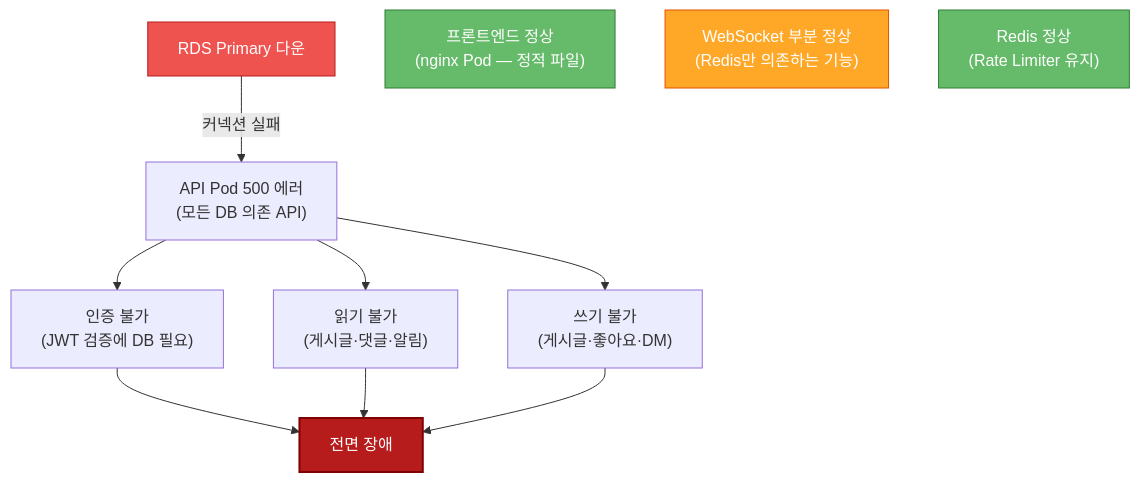
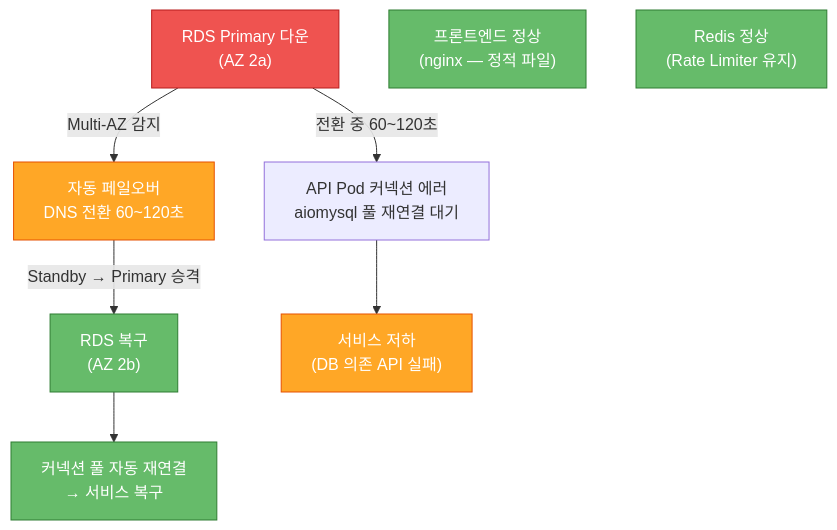
One commit to 80-hours-a-week/2-cho-community-infra changed the eighth of 17 diagrams in report.md. Above: the diagram before and after it, drawn with Mermaid. The commit also changed other lines of this file and 1 other file, not shown here.

````diff
--- a/report.md
+++ b/report.md
@@ -443,23 +480,22 @@
 ```mermaid
 flowchart TD
-    RDS_Fail["RDS Primary 다운"]
+    RDS_Fail["RDS Primary 다운<br/>(AZ 2a)"]
 
-    RDS_Fail -->|"커넥션 실패"| API_Err["API Pod 500 에러<br/>(모든 DB 의존 API)"]
-    API_Err --> Auth_Fail["인증 불가<br/>(JWT 검증에 DB 필요)"]
-    API_Err --> Read_Fail["읽기 불가<br/>(게시글·댓글·알림)"]
-    API_Err --> Write_Fail["쓰기 불가<br/>(게시글·좋아요·DM)"]
+    RDS_Fail -->|"Multi-AZ 감지"| Failover["자동 페일오버<br/>DNS 전환 60~120초"]
+    Failover -->|"Standby → Primary 승격"| RDS_OK["RDS 복구<br/>(AZ 2b)"]
 
-    Auth_Fail --> Total["전면 장애"]
-    Read_Fail --> Total
-    Write_Fail --> Total
+    RDS_Fail -->|"전환 중 60~120초"| API_Err["API Pod 커넥션 에러<br/>aiomysql 풀 재연결 대기"]
+    API_Err --> Degraded["서비스 저하<br/>(DB 의존 API 실패)"]
+    RDS_OK --> API_Reconnect["커넥션 풀 자동 재연결<br/>→ 서비스 복구"]
 
-    FE_OK["프론트엔드 정상<br/>(nginx Pod — 정적 파일)"]
-    WS_Partial["WebSocket 부분 정상<br/>(Redis만 의존하는 기능)"]
+    FE_OK["프론트엔드 정상<br/>(nginx — 정적 파일)"]
     Redis_OK["Redis 정상<br/>(Rate Limiter 유지)"]
 
     style RDS_Fail fill:#ef5350,color:#fff,stroke:#b71c1c
-    style Total fill:#b71c1c,color:#fff,stroke:#7f0000,stroke-width:2px
+    style Failover fill:#ffa726,color:#fff,stroke:#e65100
+    style RDS_OK fill:#66bb6a,color:#fff,stroke:#2e7d32
+    style Degraded fill:#ffa726,color:#fff,stroke:#e65100
+    style API_Reconnect fill:#66bb6a,color:#fff,stroke:#2e7d32
     style FE_OK fill:#66bb6a,color:#fff,stroke:#2e7d32
-    style WS_Partial fill:#ffa726,color:#fff,stroke:#e65100
     style Redis_OK fill:#66bb6a,color:#fff,stroke:#2e7d32
 ```
````
